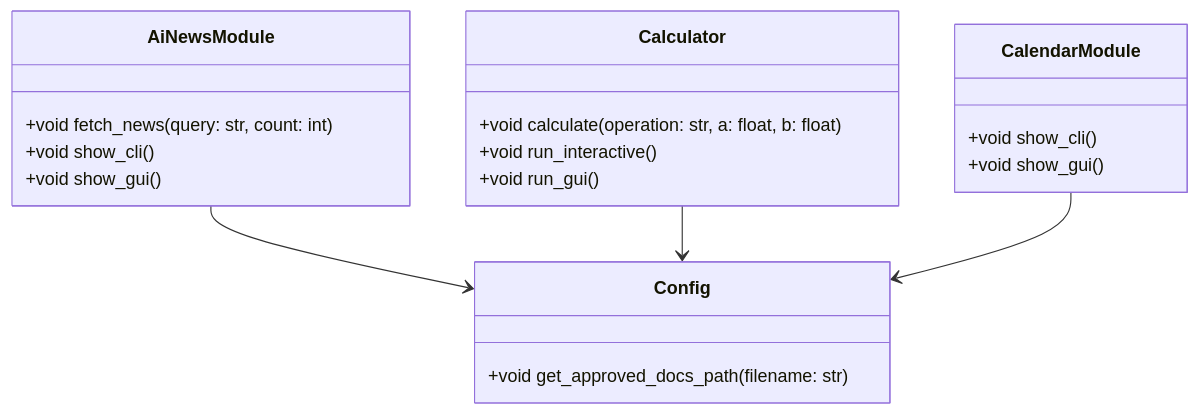
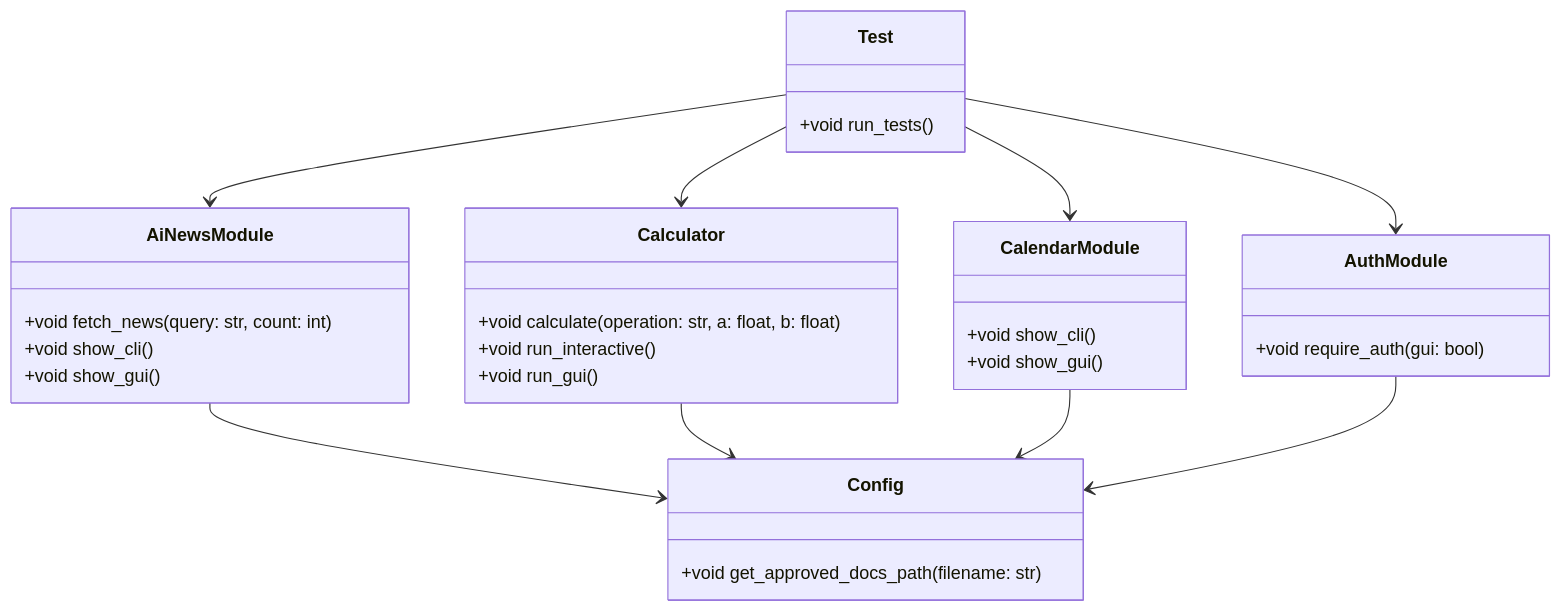
The diagram in docs/add.md (thoaihcmc/docs-pipeline-e2e-test), drawn with Mermaid before and after one commit. The commit also changed other lines of this file and 7 other files, not shown here.

Commit message:
docs: auto-generate FDD, BDD, ADD and diagrams for 00a6d82128dbacb408c5509bb86f9ac9a8706795

````diff
--- a/docs/add.md
+++ b/docs/add.md
@@ -17,23 +19,34 @@
 ```mermaid
 classDiagram  
   class AiNewsModule {  
     +void fetch_news(query: str, count: int)  
     +void show_cli()  
     +void show_gui()  
   }  
   class Calculator {  
     +void calculate(operation: str, a: float, b: float)  
     +void run_interactive()  
     +void run_gui()  
   }  
   class CalendarModule {  
     +void show_cli()  
     +void show_gui()  
   }  
+  class AuthModule {  
+    +void require_auth(gui: bool)  
+  }  
   class Config {  
     +void get_approved_docs_path(filename: str)  
+  }  
+  class Test {  
+    +void run_tests()  
   }  
   AiNewsModule --> Config  
   Calculator --> Config  
   CalendarModule --> Config  
+  AuthModule --> Config  
+  Test --> AiNewsModule  
+  Test --> Calculator  
+  Test --> CalendarModule  
+  Test --> AuthModule  
 ```  
````
